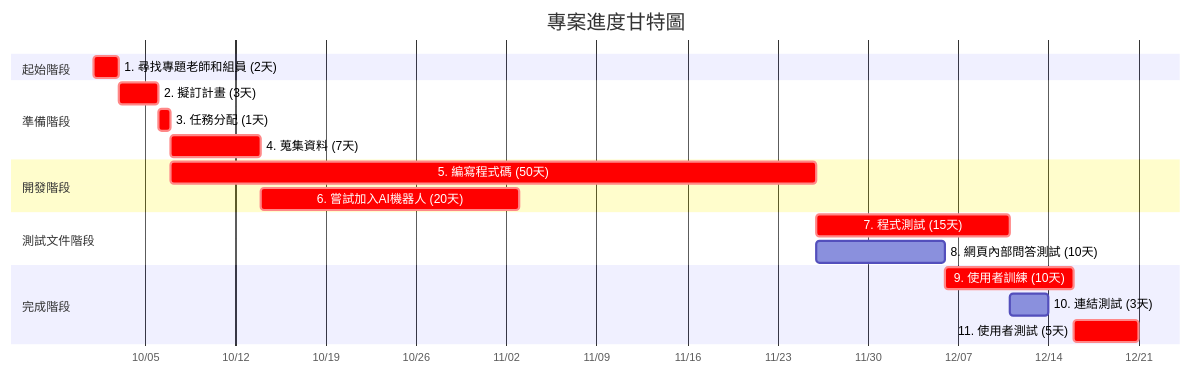
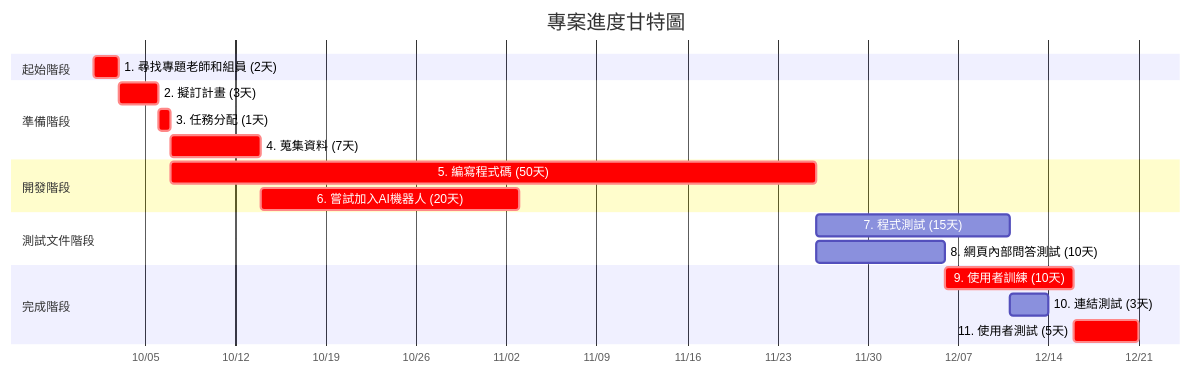
The second of 2 diagrams in hw2.md (c112118202-droid/-), drawn with Mermaid before and after one commit.

````diff
--- a/hw2.md
+++ b/hw2.md
@@ -29,27 +29,27 @@
 ```mermaid
 gantt
     title 專案進度甘特圖
     dateFormat YYYY-MM-DD
     axisFormat %m/%d
     
     section 起始階段
     1. 尋找專題老師和組員 (2天)     :crit, m1, 2025-10-01, 2d
     
     section 準備階段
     2. 擬訂計畫 (3天)     :crit, m2, after m1, 3d
     3. 任務分配 (1天)    :crit, m3, after m2, 1d
     4. 蒐集資料 (7天)    :crit, m4, after m3, 7d
 
     section 開發階段
     5. 編寫程式碼 (50天)    :crit, m5, after m3, 50d
     6. 嘗試加入AI機器人 (20天)    :crit, m6, after m4, 20d
     
     section 測試文件階段
-    7. 程式測試 (15天)    :crit, m7, after m5, 15d
+    7. 程式測試 (15天)    :m7, after m5, 15d
     8. 網頁內部問答測試 (10天)  :m8, after m5, 10d
         
     section 完成階段
     9. 使用者訓練 (10天)    :crit, m9, after m8, 10d
     10. 連結測試 (3天)  :m10, after m7 m8, 3d
     11. 使用者測試 (5天)  :crit, m11, after m9 m10, 5d
 ```
````
